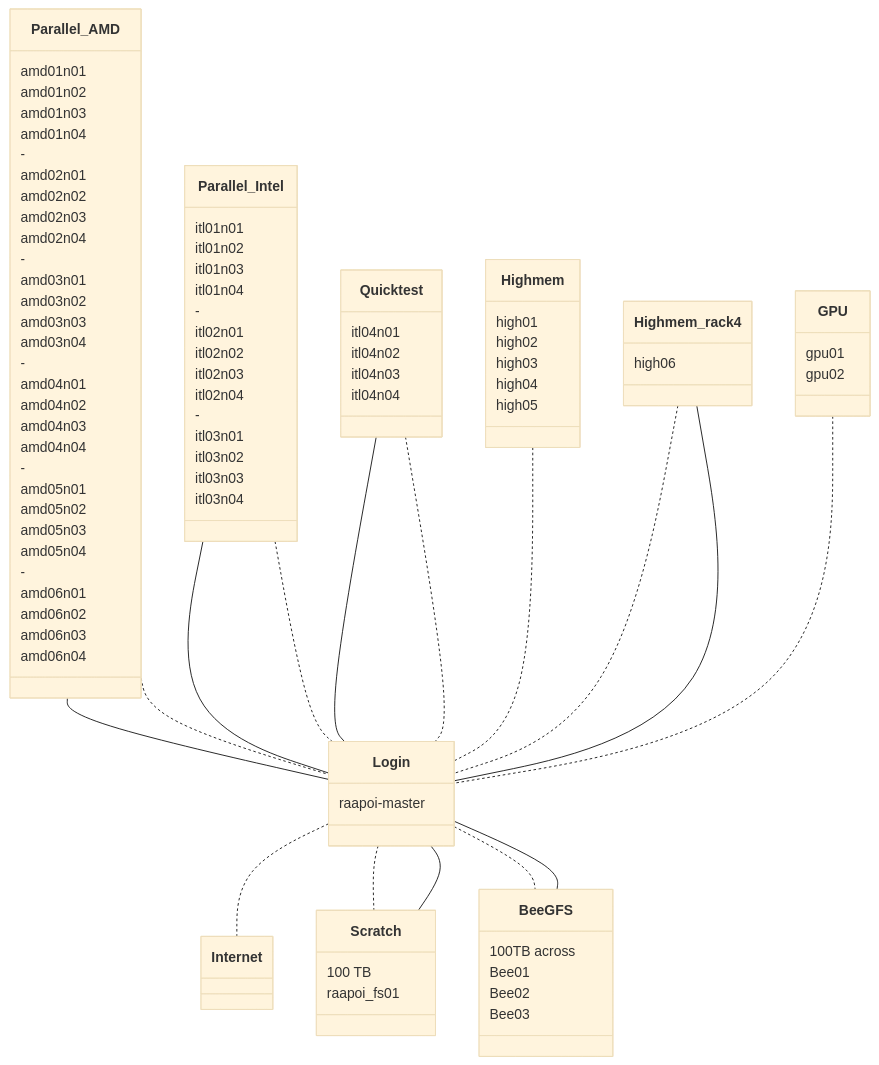
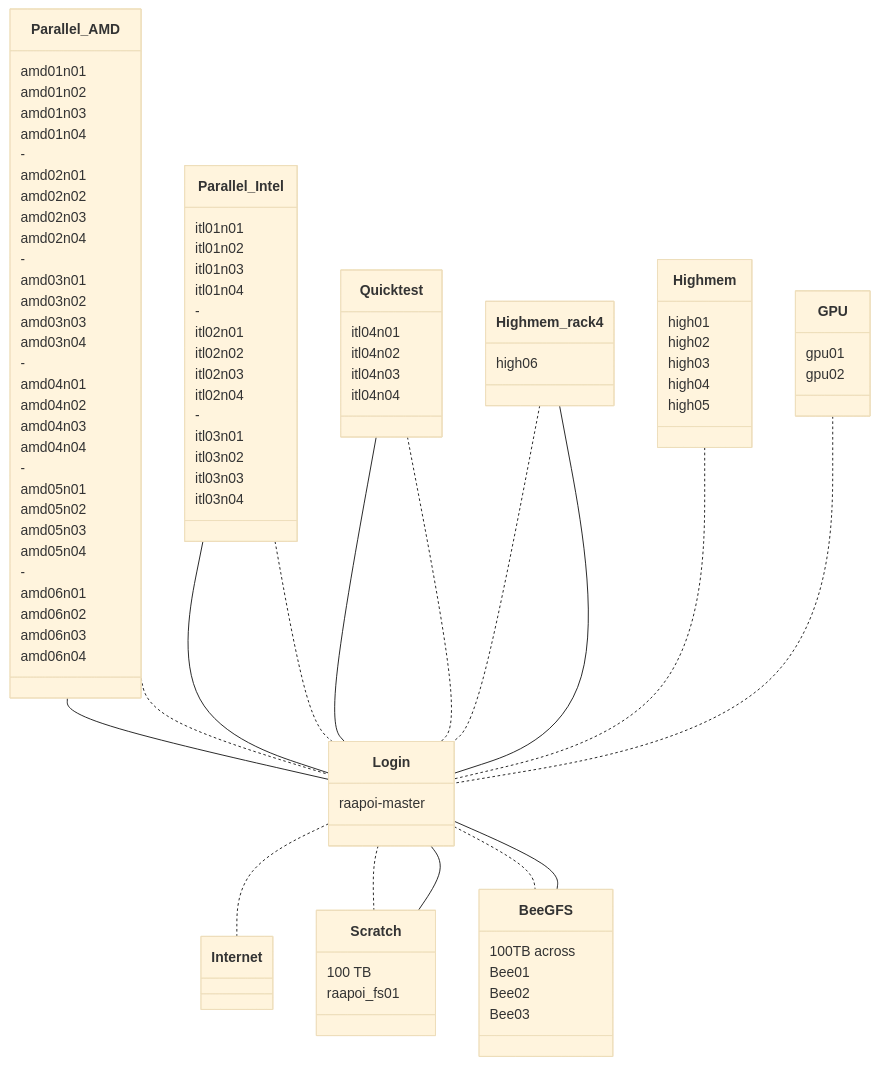
The first of 3 diagrams in docs/hpclayout.md (vuw-research-computing/raapoi-docs), drawn with Mermaid (base theme) before and after one commit. The commit also changed other lines of this file, not shown here.

Commit message:
Reordered to keep order the same across diagrams

```diff
--- a/docs/hpclayout.md
+++ b/docs/hpclayout.md
@@ -20,9 +20,9 @@
     Parallel_Intel .. Login
     Quicktest -- Login
     Quicktest .. Login
-    Highmem .. Login
     Highmem_rack4 .. Login
     Highmem_rack4 -- Login
+    Highmem .. Login
     GPU .. Login
     Login .. Internet
     Login .. Scratch
```
